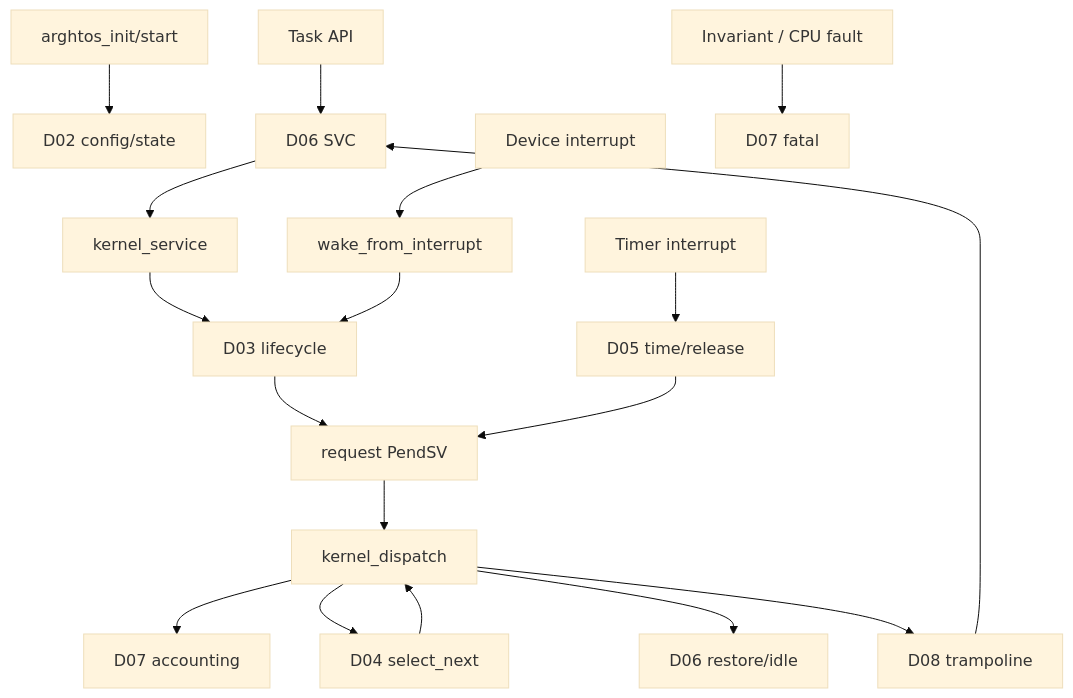
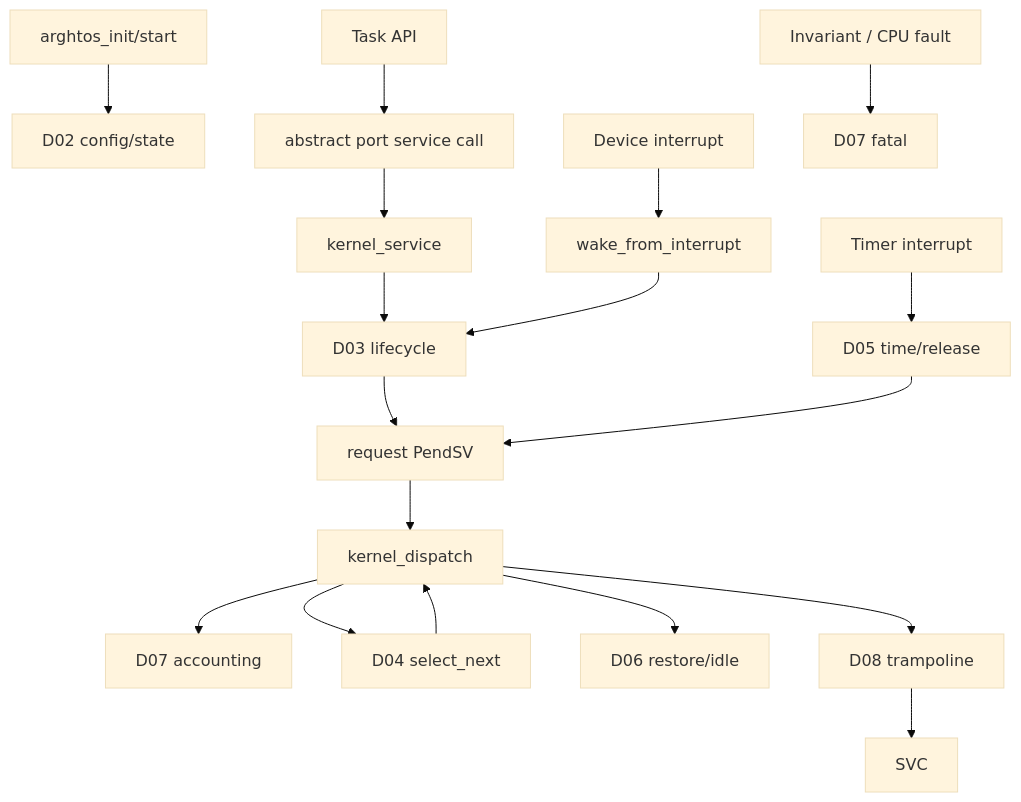
The diagram in design-elements/D09-kernel-integration.md (tumblewhead/arghtos), drawn with Mermaid (base theme) before and after one commit. The commit also changed other lines of this file, not shown here.

Commit message:
Make integrated kernel architecture-neutral and context-token based

````diff
--- a/design-elements/D09-kernel-integration.md
+++ b/design-elements/D09-kernel-integration.md
@@ -230,27 +229,27 @@
 ```mermaid
 flowchart TB
   INIT["arghtos_init/start"] --> D02["D02 config/state"]
 
-  TASK["Task API"] --> SVC["D06 SVC"]
-  SVC --> KS["kernel_service"]
+  TASK["Task API"] --> PCALL["abstract port service call"]
+  PCALL --> KS["kernel_service"]
   KS --> D03["D03 lifecycle"]
 
   IRQ["Device interrupt"] --> WAKE["wake_from_interrupt"]
   WAKE --> D03
 
   TIMER["Timer interrupt"] --> D05["D05 time/release"]
 
   D03 --> PEND["request PendSV"]
   D05 --> PEND
 
   PEND --> DISP["kernel_dispatch"]
   DISP --> ACC["D07 accounting"]
   DISP --> POL["D04 select_next"]
   POL --> DISP
   DISP --> D06["D06 restore/idle"]
 
   TR["D08 trampoline"] --> SVC
   DISP --> TR
 
   FAULT["Invariant / CPU fault"] --> D07["D07 fatal"]
 ```
````
